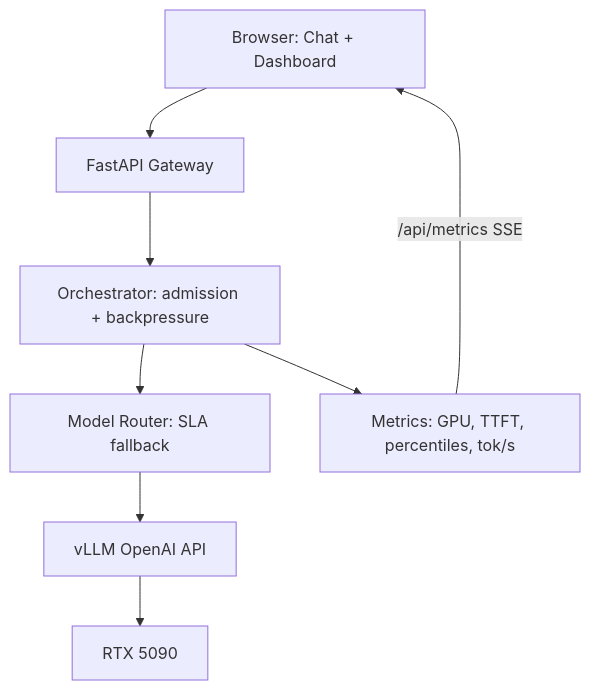
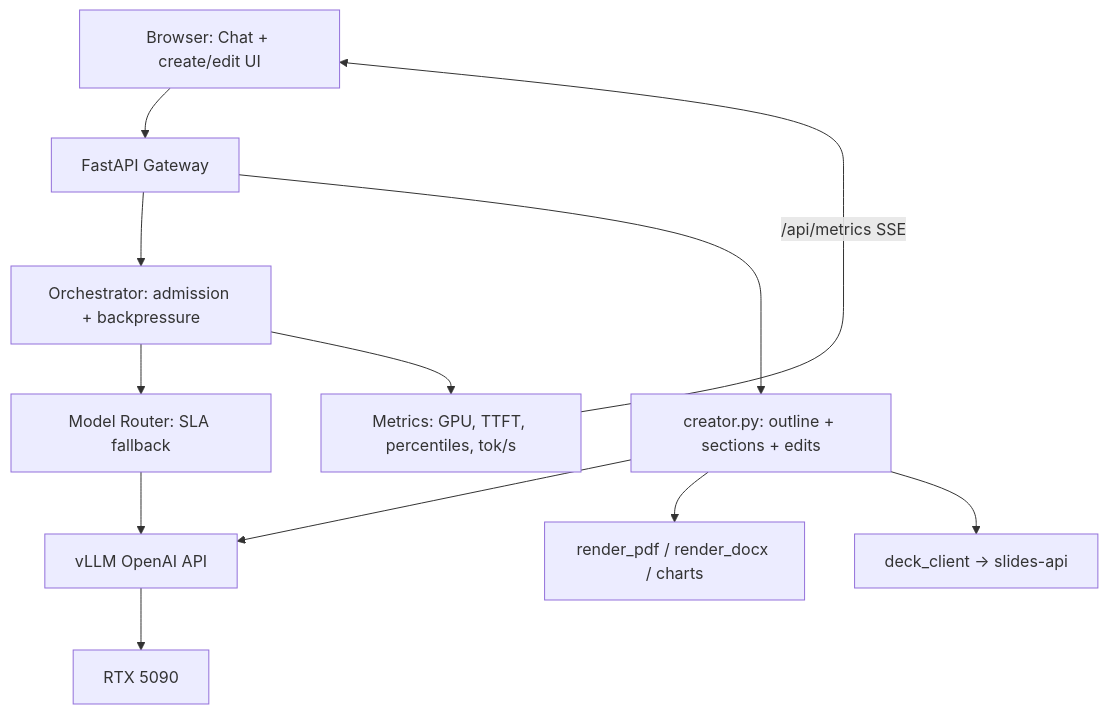
Before and after one commit to germainsafari/Private-AI: the diagram in README.md, drawn with Mermaid. The commit also changed other lines of this file and 3 other files, not shown here.

Commit message:
Expand file-generation docs and refresh architecture/deploy notes

````diff
--- a/README.md
+++ b/README.md
@@ -25,18 +27,25 @@
 ```mermaid
 flowchart TD
-    Browser["Browser: Chat + Dashboard"]
+    Browser["Browser: Chat + create/edit UI"]
     Gateway["FastAPI Gateway"]
     Orchestrator["Orchestrator: admission + backpressure"]
     Metrics["Metrics: GPU, TTFT, percentiles, tok/s"]
     Router["Model Router: SLA fallback"]
+    Create["creator.py: outline + sections + edits"]
+    Render["render_pdf / render_docx / charts"]
+    Deck["deck_client → slides-api"]
     Vllm["vLLM OpenAI API"]
     GPU["RTX 5090"]
 
     Browser --> Gateway
     Gateway --> Orchestrator
     Orchestrator --> Router
     Router --> Vllm
     Vllm --> GPU
+    Gateway --> Create
+    Create --> Vllm
+    Create --> Render
+    Create --> Deck
     Orchestrator --> Metrics
     Metrics -->|"/api/metrics SSE"| Browser
 ```
````
